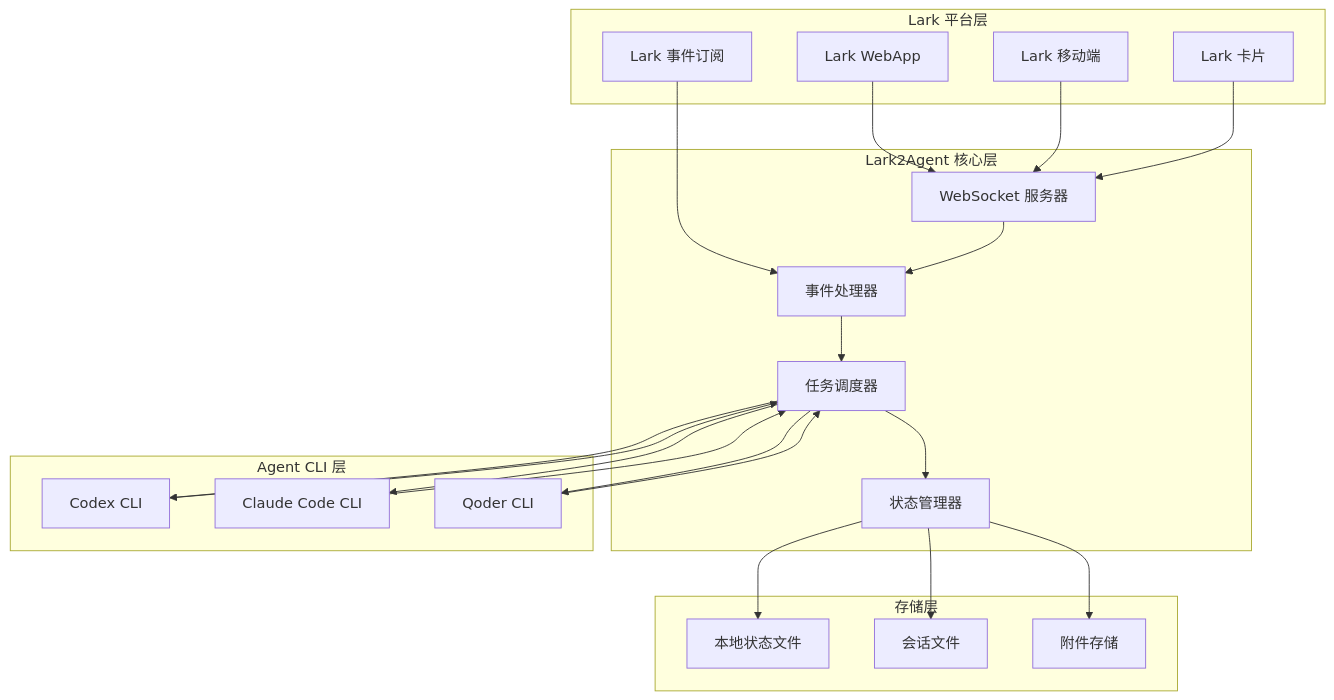
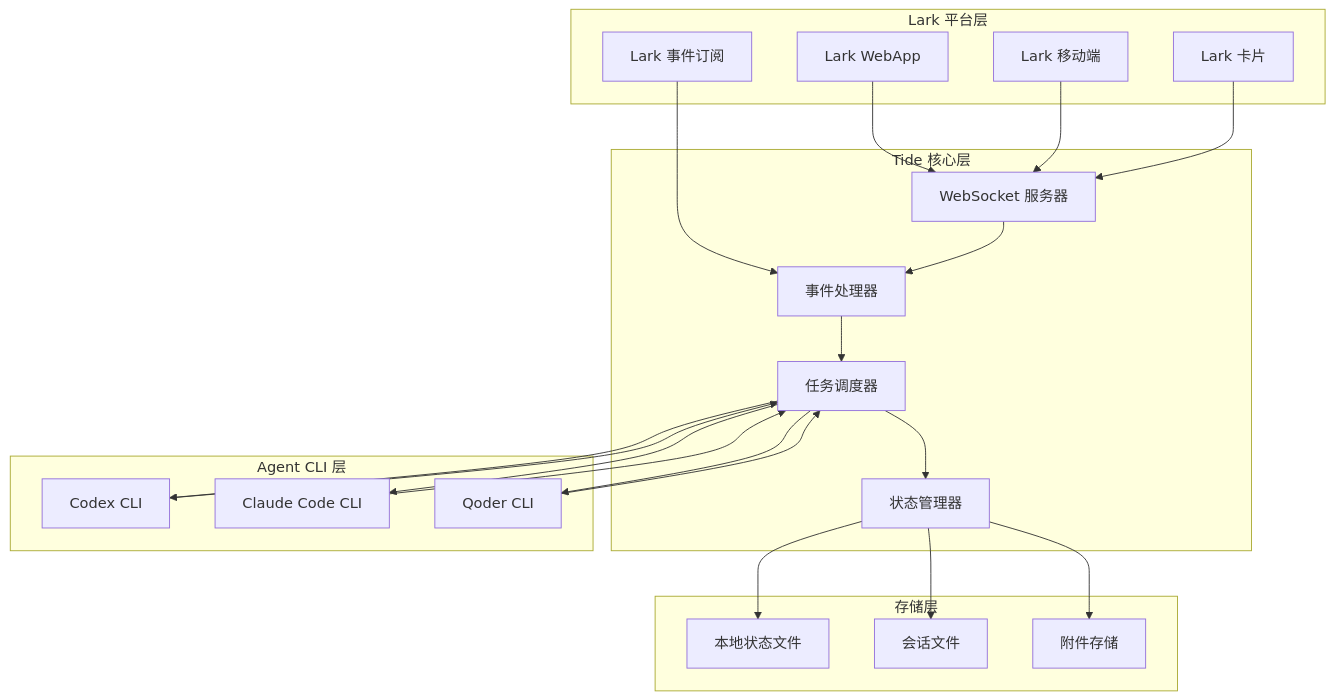
Before and after one commit to winditer/tide: the second of 6 diagrams in .qoder/repowiki/zh/content/部署和运维/部署和运维.md, drawn with Mermaid. The commit also changed other lines of this file and 260 other files, not shown here.

````diff
--- a/.qoder/repowiki/zh/content/部署和运维/部署和运维.md
+++ b/.qoder/repowiki/zh/content/部署和运维/部署和运维.md
@@ -101,41 +101,41 @@
 ```mermaid
 graph TB
 subgraph "Lark 平台层"
 A[Lark WebApp]
 B[Lark 移动端]
 C[Lark 卡片]
 D[Lark 事件订阅]
 end
-subgraph "Lark2Agent 核心层"
+subgraph "Tide 核心层"
 E[WebSocket 服务器]
 F[事件处理器]
 G[任务调度器]
 H[状态管理器]
 end
 subgraph "Agent CLI 层"
 I[Codex CLI]
 J[Claude Code CLI]
 K[Qoder CLI]
 end
 subgraph "存储层"
 L[本地状态文件]
 M[会话文件]
 N[附件存储]
 end
 A --> E
 B --> E
 C --> E
 D --> F
 E --> F
 F --> G
 G --> H
 G --> I
 G --> J
 G --> K
 H --> L
 H --> M
 H --> N
 I --> G
 J --> G
 K --> G
 ```
````
